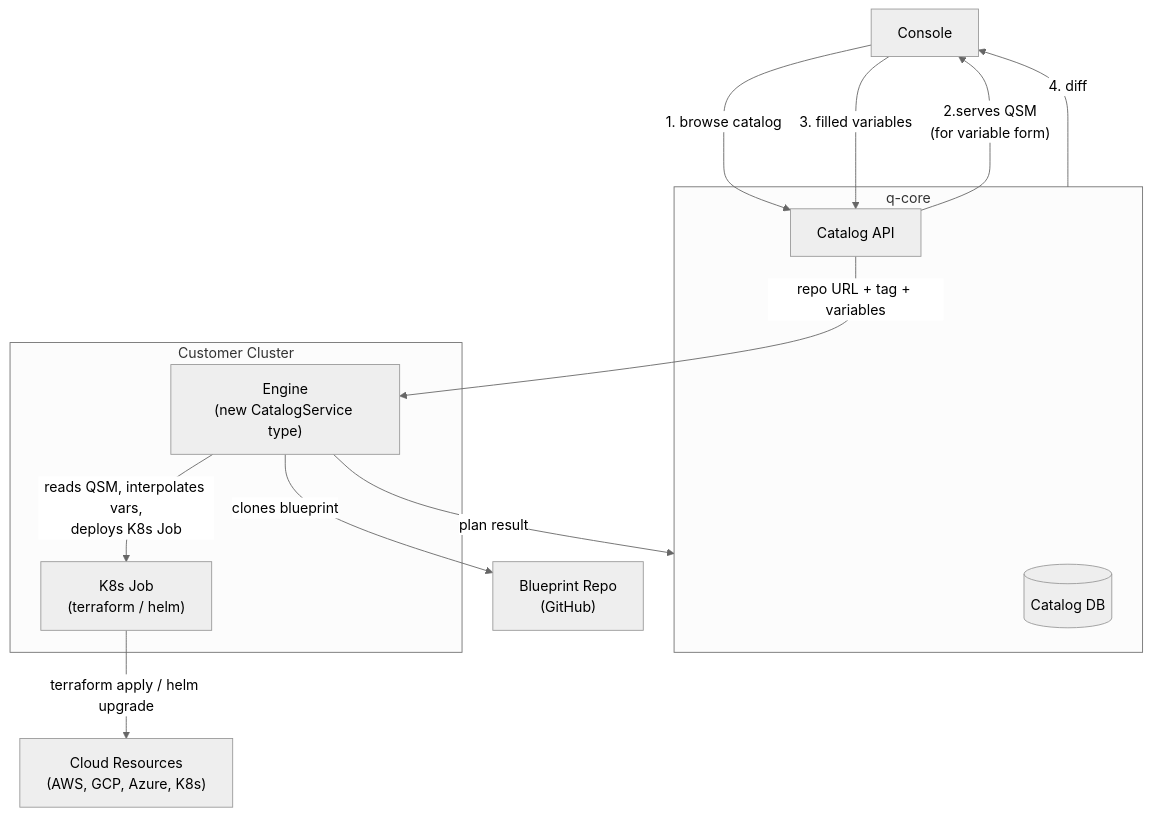
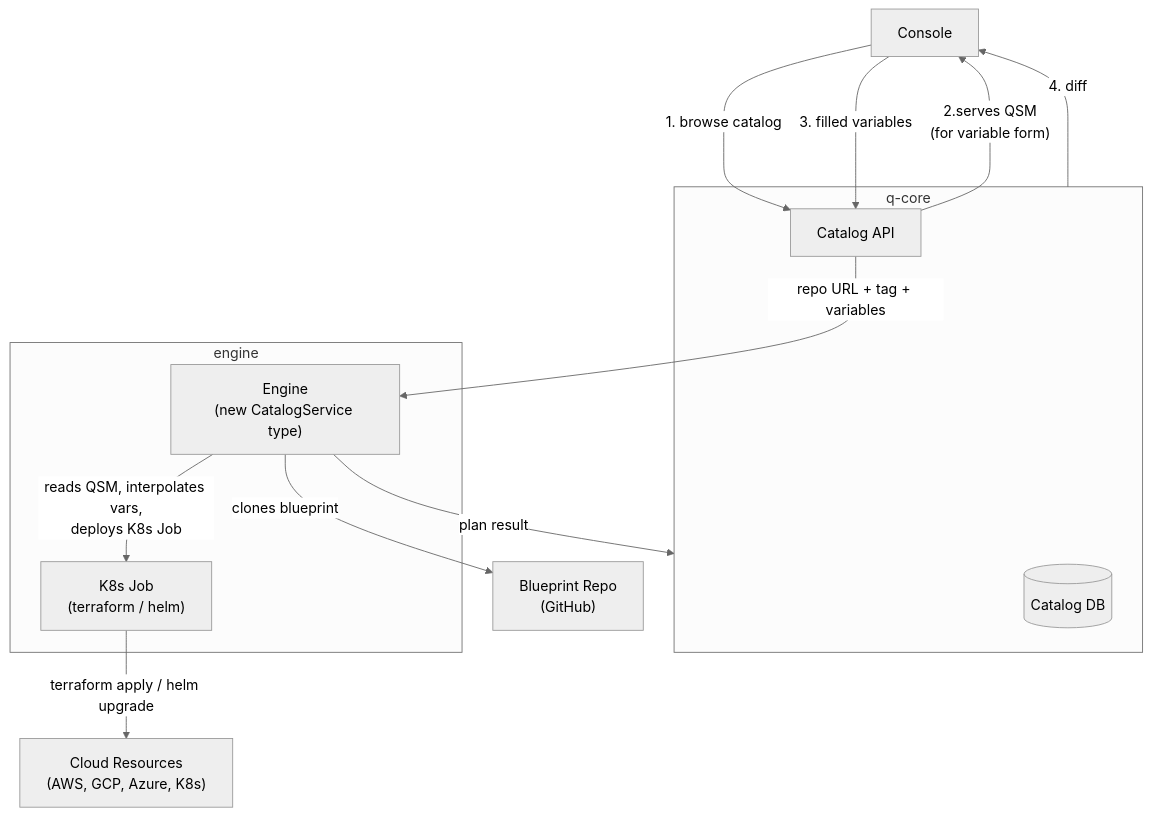
One commit to Astach/service-catalog changed the first of 4 diagrams in ARCHITECTURE.md. Above: the diagram before and after it, drawn with Mermaid (neutral theme). The commit also changed other lines of this file and 1 other file, not shown here.

````diff
--- a/ARCHITECTURE.md
+++ b/ARCHITECTURE.md
@@ -18,28 +18,28 @@
 ```mermaid
 graph TB
     Console["Console"]
 
     subgraph qcore["q-core"]
         CatalogAPI["Catalog API"]
         PlanStore[("Catalog DB")]
     end
 
     Repo["Blueprint Repo<br/>(GitHub)"]
 
-    subgraph customer["Customer Cluster"]
+    subgraph engine
         Engine["Engine<br/>(new CatalogService type)"]
         Job["K8s Job<br/>(terraform / helm)"]
     end
 
     Cloud["Cloud Resources<br/>(AWS, GCP, Azure, K8s)"]
 
     Console --->|"1. browse catalog"| CatalogAPI
     CatalogAPI -->|"2.serves QSM<br/>(for variable form)"| Console
     Console -->|"3. filled variables"| CatalogAPI
     CatalogAPI -->|"repo URL + tag + variables"| Engine
     Engine -->|"clones blueprint"| Repo
     Engine -->|"reads QSM, interpolates vars,<br/>deploys K8s Job"| Job
     Job -->|"terraform apply / helm upgrade"| Cloud
     Engine -->|"plan result "| qcore
     qcore -->|"4. diff"| Console
 ```
````
